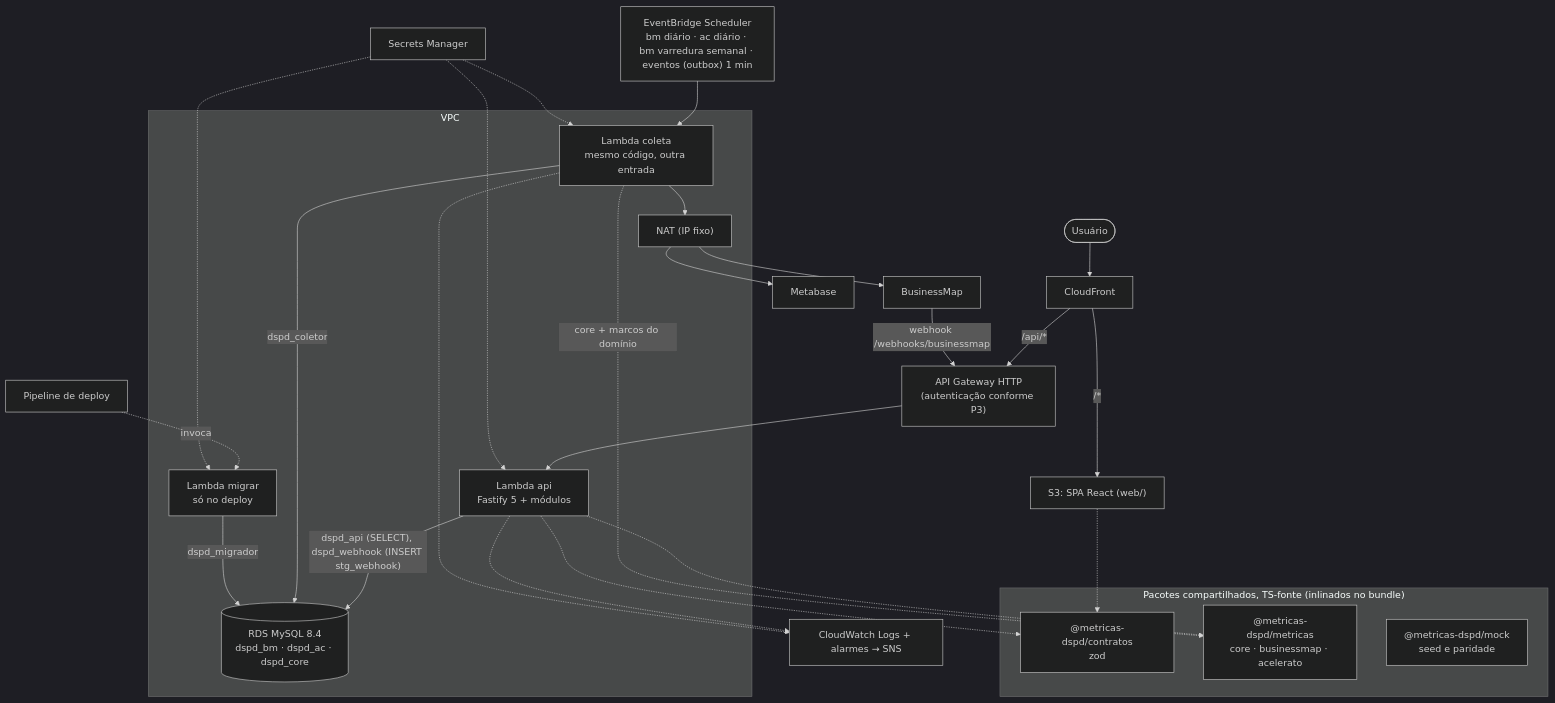
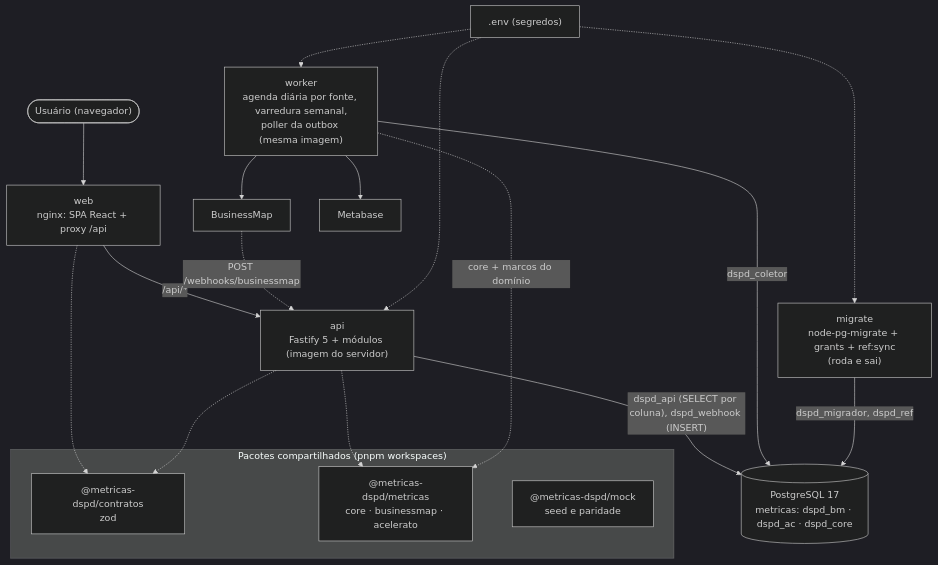
Before and after one commit to rodrigo-isensee/MetricasDSPD: the second of 4 diagrams in docs/architecture/overview.md, drawn with Mermaid (dark theme). The commit also changed other lines of this file and 10 other files, not shown here.

First line of the commit message:
docs(arquitetura): ADR 0014 rev. 2 com a stack do usuário em PostgreSQL e custo zero

````diff
--- a/docs/architecture/overview.md
+++ b/docs/architecture/overview.md
@@ -32,32 +35,23 @@
 ```mermaid
 flowchart TB
-  user(["Usuário"]) --> cf["CloudFront"]
-  cf -->|"/*"| s3["S3: SPA React (web/)"]
-  cf -->|"/api/*"| gw["API Gateway HTTP<br/>(autenticação conforme P3)"]
-  bmext["BusinessMap"] -->|"webhook /webhooks/businessmap"| gw
-  gw --> api["Lambda api<br/>Fastify 5 + módulos"]
-  sched["EventBridge Scheduler<br/>bm diário · ac diário · bm varredura semanal · eventos (outbox) 1 min"] --> col["Lambda coleta<br/>mesmo código, outra entrada"]
-  pipe["Pipeline de deploy"] -.->|invoca| mig["Lambda migrar<br/>só no deploy"]
-  subgraph vpc["VPC"]
-    api -->|"dspd_api (SELECT), dspd_webhook (INSERT stg_webhook)"| db[("RDS MySQL 8.4<br/>dspd_bm · dspd_ac · dspd_core")]
-    col -->|dspd_coletor| db
-    mig -->|dspd_migrador| db
-    col --> nat["NAT (IP fixo)"]
-  end
-  nat --> bmext
-  nat --> mb["Metabase"]
-  sm["Secrets Manager"] -.-> api
-  sm -.-> col
-  sm -.-> mig
-  api -.-> cw["CloudWatch Logs + alarmes → SNS"]
-  col -.-> cw
-  subgraph pacotes ["Pacotes compartilhados, TS-fonte (inlinados no bundle)"]
+  user(["Usuário (navegador)"]) --> web["web<br/>nginx: SPA React + proxy /api"]
+  web -->|"/api/*"| api["api<br/>Fastify 5 + módulos (imagem do servidor)"]
+  bmext["BusinessMap"] -.->|"POST /webhooks/businessmap"| api
+  wk["worker<br/>agenda diária por fonte, varredura semanal,<br/>poller da outbox (mesma imagem)"]
+  mig["migrate<br/>node-pg-migrate + grants + ref:sync<br/>(roda e sai)"]
+  api -->|"dspd_api (SELECT por coluna), dspd_webhook (INSERT)"| db[("PostgreSQL 17<br/>metricas: dspd_bm · dspd_ac · dspd_core")]
+  wk -->|dspd_coletor| db
+  mig -->|"dspd_migrador, dspd_ref"| db
+  wk --> bmext
+  wk --> mb["Metabase"]
+  env[".env (segredos)"] -.-> api & wk & mig
+  subgraph pacotes ["Pacotes compartilhados (pnpm workspaces)"]
     contratos["@metricas-dspd/contratos<br/>zod"]
     metricas["@metricas-dspd/metricas<br/>core · businessmap · acelerato"]
     mock["@metricas-dspd/mock<br/>seed e paridade"]
   end
-  s3 -.-> contratos
+  web -.-> contratos
   api -.-> contratos
   api -.-> metricas
-  col -.->|"core + marcos do domínio"| metricas
+  wk -.->|"core + marcos do domínio"| metricas
 ```
````
